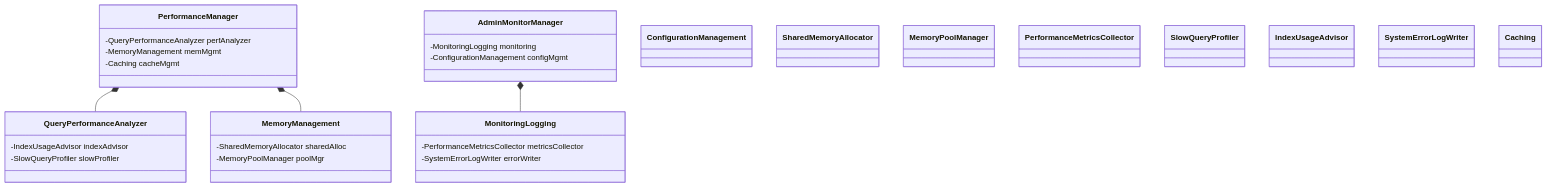
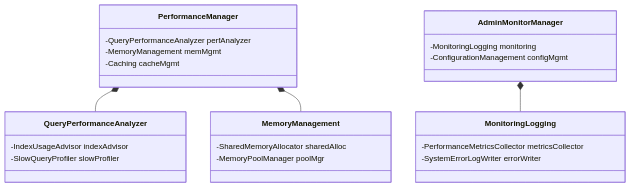
One commit to TamBui1706/DBMS changed the ninth of 9 diagrams in README.md. Above: the diagram before and after it, drawn with Mermaid. The commit also changed other lines of this file and 2 other files, not shown here.

Commit message:
Up Class Diagram

````diff
--- a/README.md
+++ b/README.md
@@ -781,36 +774,28 @@
 ```mermaid
 classDiagram
-    class PerformanceManager {
+class PerformanceManager {
         -QueryPerformanceAnalyzer perfAnalyzer
         -MemoryManagement memMgmt
         -Caching cacheMgmt
     }
     class QueryPerformanceAnalyzer {
         -IndexUsageAdvisor indexAdvisor
         -SlowQueryProfiler slowProfiler
     }
     class MemoryManagement {
         -SharedMemoryAllocator sharedAlloc
         -MemoryPoolManager poolMgr
     }
     class AdminMonitorManager {
         -MonitoringLogging monitoring
         -ConfigurationManagement configMgmt
     }
     class MonitoringLogging {
         -PerformanceMetricsCollector metricsCollector
         -SystemErrorLogWriter errorWriter
     }
-
+    
     PerformanceManager *-- QueryPerformanceAnalyzer
     PerformanceManager *-- MemoryManagement
     AdminMonitorManager *-- MonitoringLogging
-    class ConfigurationManagement
-    class SharedMemoryAllocator
-    class MemoryPoolManager
-    class PerformanceMetricsCollector
-    class SlowQueryProfiler
-    class IndexUsageAdvisor
-    class SystemErrorLogWriter
-    class Caching
 ```
````
